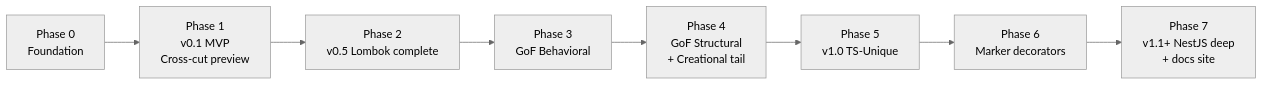
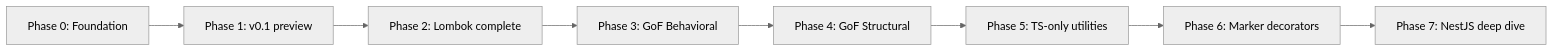
One commit to A-Dev-Kit/lombok-typescript changed the diagram in docs/MVP.md. Above: the diagram before and after it, drawn with Mermaid (neutral theme). The commit also changed other lines of this file and 2 other files, not shown here.

````diff
--- a/docs/MVP.md
+++ b/docs/MVP.md
@@ -97,10 +78,10 @@
 ```mermaid
 flowchart LR
-    P0["Phase 0<br/>Foundation"] --> P1["Phase 1<br/>v0.1 MVP<br/>Cross-cut preview"]
-    P1 --> P2["Phase 2<br/>v0.5 Lombok complete"]
-    P2 --> P3["Phase 3<br/>GoF Behavioral"]
-    P3 --> P4["Phase 4<br/>GoF Structural<br/>+ Creational tail"]
-    P4 --> P5["Phase 5<br/>v1.0 TS-Unique"]
-    P5 --> P6["Phase 6<br/>Marker decorators"]
-    P6 --> P7["Phase 7<br/>v1.1+ NestJS deep<br/>+ docs site"]
+    P0[Phase 0: Foundation] --> P1[Phase 1: v0.1 preview]
+    P1 --> P2[Phase 2: Lombok complete]
+    P2 --> P3[Phase 3: GoF Behavioral]
+    P3 --> P4[Phase 4: GoF Structural]
+    P4 --> P5[Phase 5: TS-only utilities]
+    P5 --> P6[Phase 6: Marker decorators]
+    P6 --> P7[Phase 7: NestJS deep dive]
 ```
````
